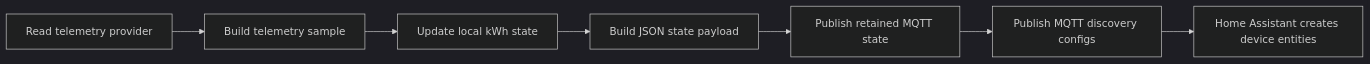
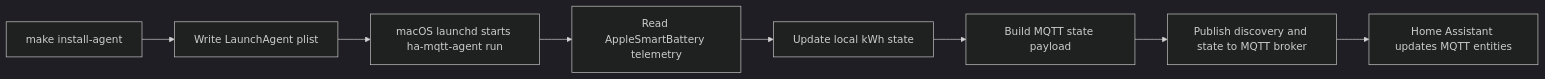
Before and after one commit to marcomc/ha-mqtt-agent: the diagram in README.md, drawn with Mermaid (dark theme). The commit also changed other lines of this file and 5 other files, not shown here.

Commit message:
feat: update documentation and changelog for clarity; refine roadmap and TODO structure

````diff
--- a/README.md
+++ b/README.md
@@ -46,11 +41,12 @@
 ```mermaid
 flowchart LR
-  accTitle: Telemetry publishing flow
-  accDescr: Shows how host telemetry becomes Home Assistant MQTT entities.
-  ioreg["Read telemetry provider"] --> sample["Build telemetry sample"]
-  sample --> energy["Update local kWh state"]
-  energy --> payload["Build JSON state payload"]
-  payload --> mqtt["Publish retained MQTT state"]
-  mqtt --> discovery["Publish MQTT discovery configs"]
-  discovery --> ha["Home Assistant creates device entities"]
+  accTitle: Runtime telemetry flow
+  accDescr: Shows how the LaunchAgent publishes Mac telemetry to Home Assistant through MQTT.
+  install["make install-agent"] --> plist["Write LaunchAgent plist"]
+  plist --> launchd["macOS launchd starts ha-mqtt-agent run"]
+  launchd --> reader["Read AppleSmartBattery telemetry"]
+  reader --> energy["Update local kWh state"]
+  energy --> payload["Build MQTT state payload"]
+  payload --> mqtt["Publish discovery and state to MQTT broker"]
+  mqtt --> ha["Home Assistant updates MQTT entities"]
 ```
````
